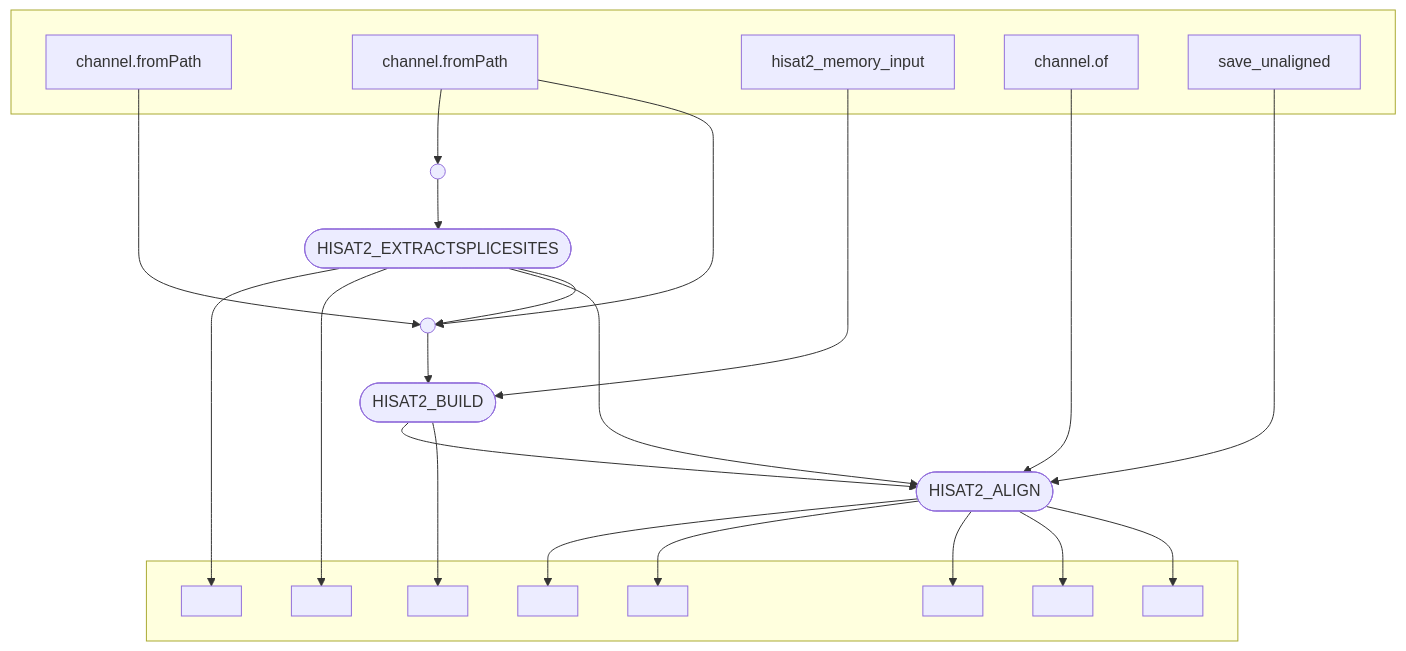
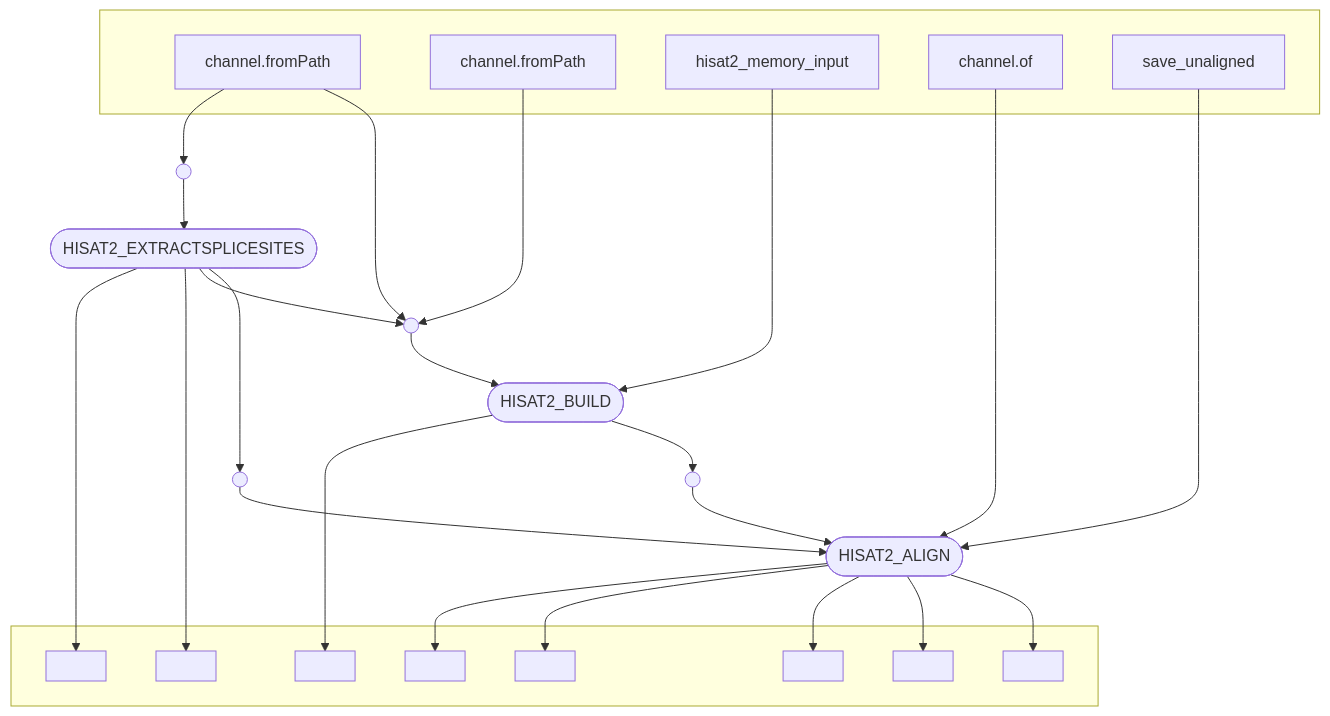
The diagram in resources/wrappers/modules/nf-core/hisat2/align/wrapper/dag.mmd (dxsbiocc/phi), drawn with Mermaid before and after one commit. The commit also changed 34 other files, not shown here.

```diff
--- a/resources/wrappers/modules/nf-core/hisat2/align/wrapper/dag.mmd
+++ b/resources/wrappers/modules/nf-core/hisat2/align/wrapper/dag.mmd
@@ -1,42 +1,46 @@
 flowchart TB
     subgraph " "
     v0["channel.fromPath"]
-    v1["channel.fromPath"]
+    v5["channel.fromPath"]
     v10["hisat2_memory_input"]
-    v13["channel.of"]
-    v14["save_unaligned"]
+    v14["channel.of"]
+    v16["save_unaligned"]
     end
-    v3(["HISAT2_EXTRACTSPLICESITES"])
+    v2(["HISAT2_EXTRACTSPLICESITES"])
     subgraph " "
+    v3[" "]
     v4[" "]
-    v5[" "]
     v12[" "]
-    v16[" "]
-    v17[" "]
     v18[" "]
     v19[" "]
     v20[" "]
+    v21[" "]
+    v22[" "]
     end
     v11(["HISAT2_BUILD"])
-    v15(["HISAT2_ALIGN"])
-    v2(( ))
+    v17(["HISAT2_ALIGN"])
+    v1(( ))
     v6(( ))
+    v13(( ))
+    v15(( ))
+    v0 --> v1
     v0 --> v6
     v1 --> v2
-    v1 --> v6
+    v2 --> v4
     v2 --> v3
-    v3 --> v5
-    v3 --> v4
-    v3 --> v15
-    v3 --> v6
+    v2 --> v6
+    v2 --> v15
+    v5 --> v6
     v10 --> v11
     v6 --> v11
-    v11 --> v15
     v11 --> v12
-    v13 --> v15
-    v14 --> v15
-    v15 --> v20
-    v15 --> v19
-    v15 --> v18
+    v11 --> v13
+    v14 --> v17
+    v16 --> v17
+    v13 --> v17
     v15 --> v17
-    v15 --> v16
+    v17 --> v22
+    v17 --> v21
+    v17 --> v20
+    v17 --> v19
+    v17 --> v18
```
